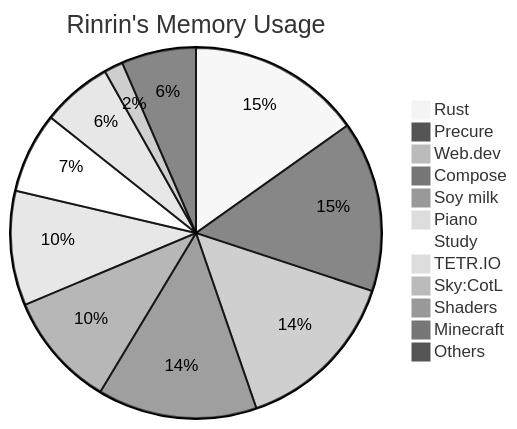
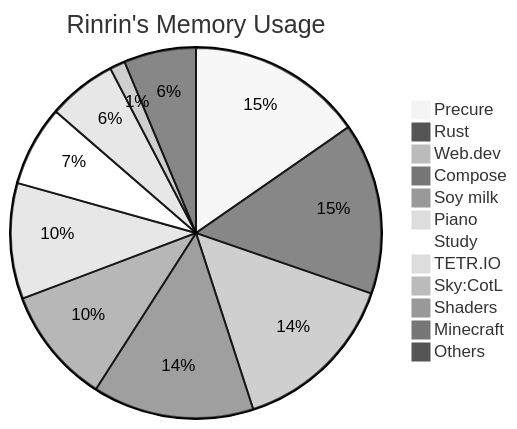
Before and after one commit to Rinrin0413/Rinrin0413: the diagram in README.md, drawn with Mermaid (neutral theme).

Commit message:
🛠 Update: Rinrin's Memory Usage

````diff
--- a/README.md
+++ b/README.md
@@ -77,15 +77,15 @@
 ```mermaid
 pie title Rinrin's Memory Usage
-    "Rust": 566
-    "Precure": 556
-    "Web.dev": 547
-    "Compose": 519
-    "Soy milk": 375
-    "Piano": 373
-    "Study": 262
-    "TETR.IO": 229
-    "Sky:CotL": 62
+    "Precure": 568
+    "Rust": 554
+    "Web.dev": 545
+    "Compose": 521
+    "Soy milk": 377
+    "Piano": 374
+    "Study": 260
+    "TETR.IO": 222
+    "Sky:CotL": 50
     "Shaders": 30
     "Minecraft": 30
-    "Others": 243
+    "Others": 233
 ```
````
